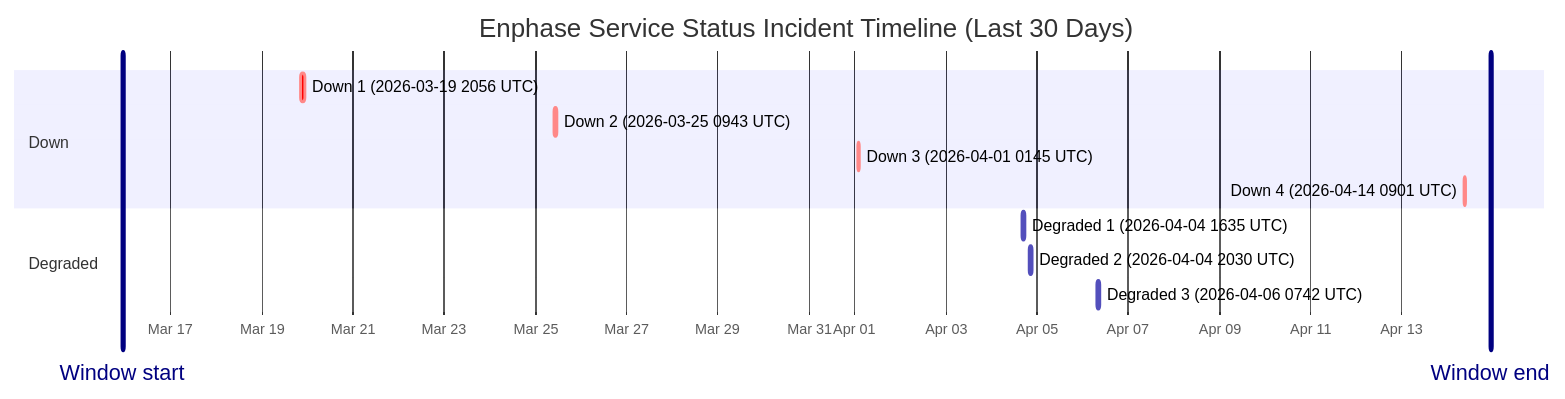
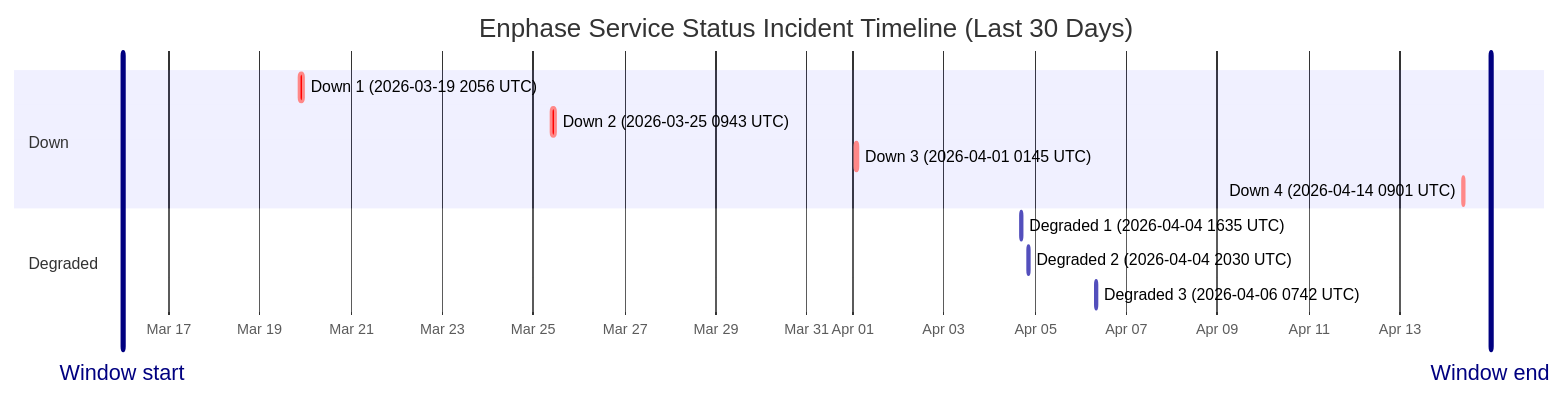
Before and after one commit to barneyonline/ha-enphase-ev-charger: the diagram in wiki/Service-Status-History.md, drawn with Mermaid. The commit also changed other lines of this file and 3 other files, not shown here.

````diff
--- a/wiki/Service-Status-History.md
+++ b/wiki/Service-Status-History.md
@@ -14,17 +14,17 @@
 ```mermaid
 gantt
     title Enphase Service Status Incident Timeline (Last 30 Days)
     dateFormat  YYYY-MM-DDTHH:mm:ss
     axisFormat  %b %d
-    Window start :vert, window-start, 2026-03-15T22:43:55, 0ms
-    Window end :vert, window-end, 2026-04-14T22:43:55, 0ms
+    Window start :vert, window-start, 2026-03-15T23:41:07, 0ms
+    Window end :vert, window-end, 2026-04-14T23:41:07, 0ms
     section Down
     Down 1 (2026-03-19 2056 UTC) :crit, down-1, 2026-03-19T20:56:20, 145m
     Down 2 (2026-03-25 0943 UTC) :crit, down-2, 2026-03-25T09:43:28, 111m
     Down 3 (2026-04-01 0145 UTC) :crit, down-3, 2026-04-01T01:45:09, 60m
     Down 4 (2026-04-14 0901 UTC) :crit, down-4, 2026-04-14T09:01:13, 60m
     section Degraded
     Degraded 1 (2026-04-04 1635 UTC) :active, degraded-1, 2026-04-04T16:35:17, 60m
     Degraded 2 (2026-04-04 2030 UTC) :active, degraded-2, 2026-04-04T20:30:40, 60m
     Degraded 3 (2026-04-06 0742 UTC) :active, degraded-3, 2026-04-06T07:42:09, 85m
 ```
````
